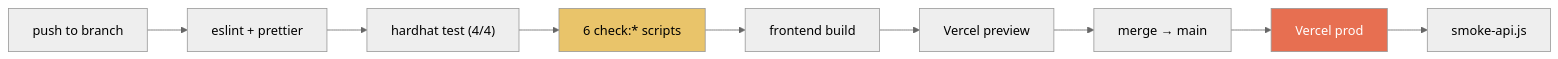
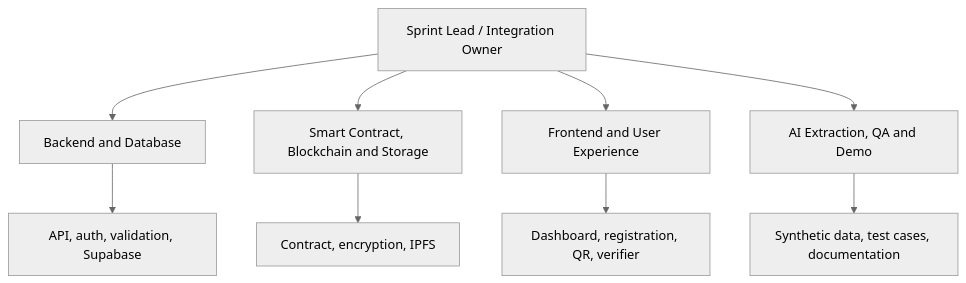
The sixth of 9 diagrams in plan/IMPLEMENTATION_STRATEGY.md (rmn2178/NOSIH-secure), drawn with Mermaid (neutral theme) before and after one commit. The commit also changed other lines of this file, not shown here.

````diff
--- a/plan/IMPLEMENTATION_STRATEGY.md
+++ b/plan/IMPLEMENTATION_STRATEGY.md
@@ -278,14 +215,13 @@
 ```mermaid
-flowchart LR
-    PUSH["push to branch"] --> LINT["eslint + prettier"]
-    LINT --> HT["hardhat test (4/4)"]
-    HT --> CHK["6 check:* scripts"]
-    CHK --> BUILD["frontend build"]
-    BUILD --> PREV["Vercel preview"]
-    PREV --> MERGE["merge → main"]
-    MERGE --> PROD["Vercel prod"]
-    PROD --> SMOKE["smoke-api.js"]
+flowchart TB
+    Lead["Sprint Lead / Integration Owner"]
+    Lead --> Backend["Backend and Database"]
+    Lead --> Chain["Smart Contract, Blockchain and Storage"]
+    Lead --> Frontend["Frontend and User Experience"]
+    Lead --> QA["AI Extraction, QA and Demo"]
 
-    style CHK fill:#e9c46a,color:#000
-    style PROD fill:#e76f51,color:#fff
+    Backend --> API["API, auth, validation, Supabase"]
+    Chain --> Proof["Contract, encryption, IPFS"]
+    Frontend --> Portal["Dashboard, registration, QR, verifier"]
+    QA --> Tests["Synthetic data, test cases, documentation"]
 ```
````
